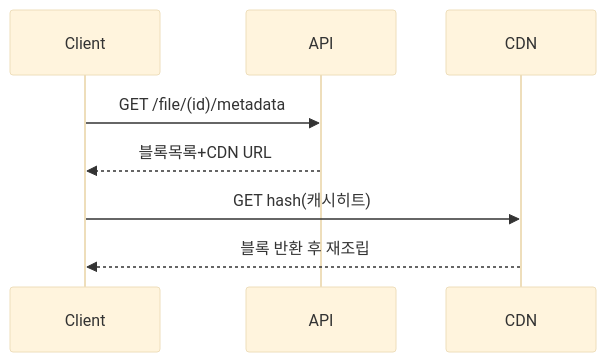
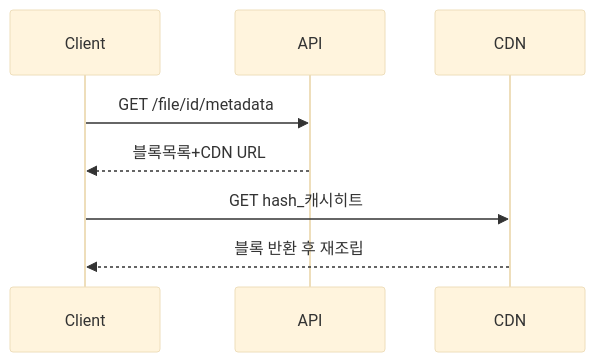
One commit to yjkim2015/yjkim2015.github.io changed the third of 8 diagrams in _posts/systemdesign/2026-05-03-system-design-file-storage.md. Above: the diagram before and after it, drawn with Mermaid (base theme). The commit also changed other lines of this file and 85 other files, not shown here.

First line of the commit message:
sequenceDiagram 문법 에러 2차 수정 169개 (86파일)

````diff
--- a/_posts/systemdesign/2026-05-03-system-design-file-storage.md
+++ b/_posts/systemdesign/2026-05-03-system-design-file-storage.md
@@ -287,10 +287,10 @@
 ```mermaid
 sequenceDiagram
     participant C as Client
     participant API
     participant CDN
-    C->>API: GET /file/(id)/metadata
+    C->>API: GET /file/id/metadata
     API-->>C: 블록목록+CDN URL
-    C->>CDN: GET hash(캐시히트)
+    C->>CDN: GET hash_캐시히트
     CDN-->>C: 블록 반환 후 재조립
 ```
````
